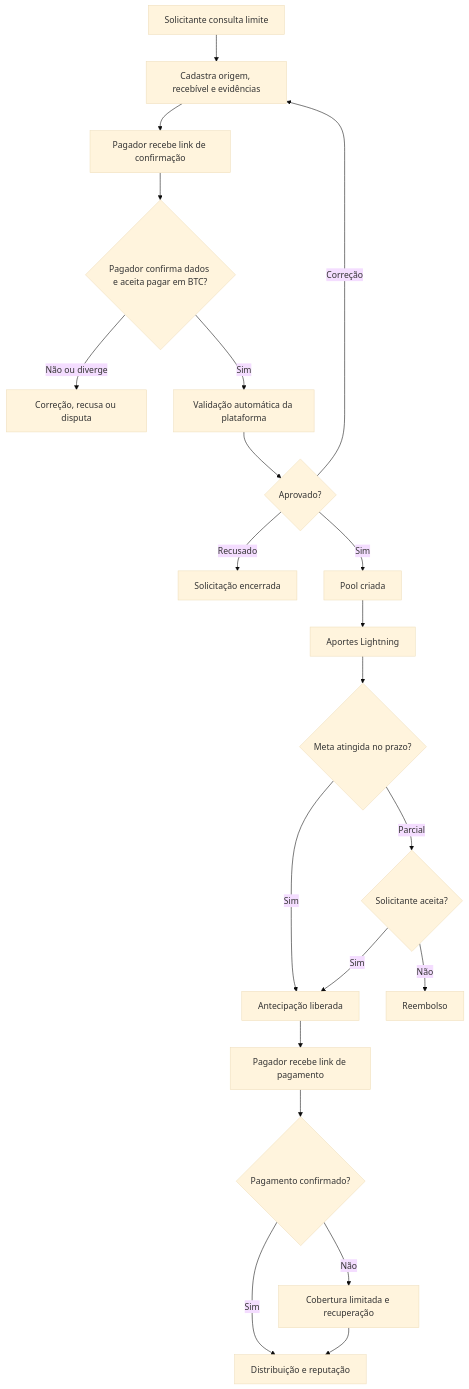
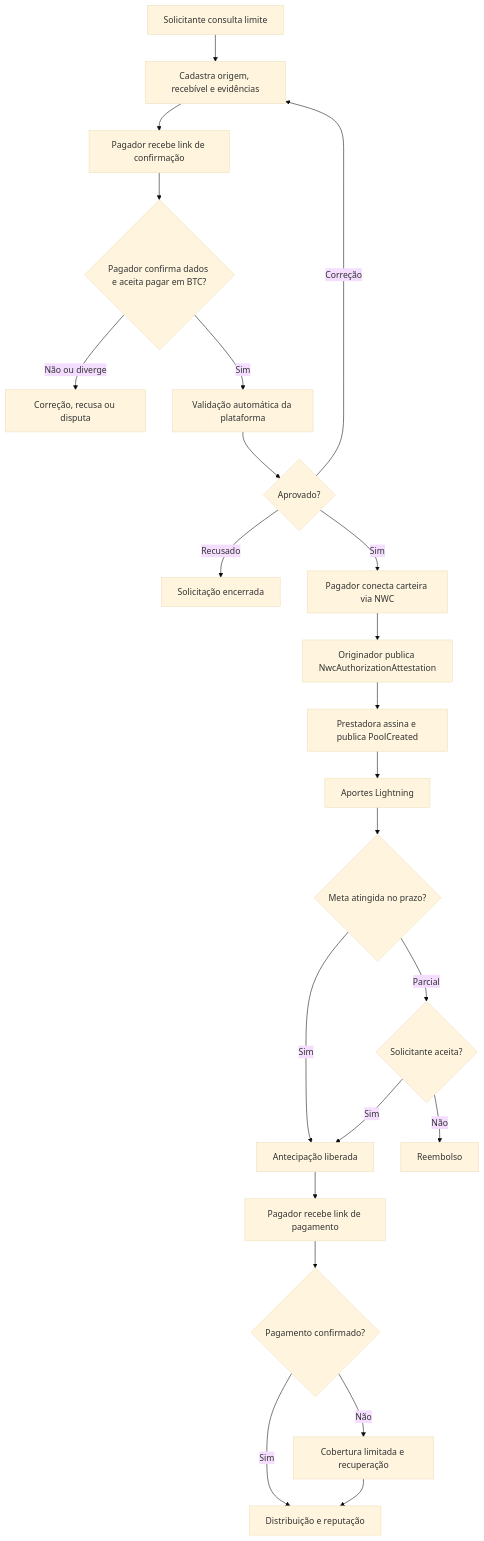
The diagram in docs/02-fluxos-de-usuario.md (0xlari/hackthon4freedom), drawn with Mermaid (base theme) before and after one commit. The commit also changed other lines of this file and 3 other files, not shown here.

````diff
--- a/docs/02-fluxos-de-usuario.md
+++ b/docs/02-fluxos-de-usuario.md
@@ -5,23 +9,25 @@
 ```mermaid
 flowchart TD
   A["Solicitante consulta limite"] --> B["Cadastra origem, recebível e evidências"]
   B --> C["Pagador recebe link de confirmação"]
   C --> D{"Pagador confirma dados e aceita pagar em BTC?"}
   D -- "Não ou diverge" --> E["Correção, recusa ou disputa"]
   D -- "Sim" --> F["Validação automática da plataforma"]
   F --> G{"Aprovado?"}
   G -- "Correção" --> B
   G -- "Recusado" --> H["Solicitação encerrada"]
-  G -- "Sim" --> I["Pool criada"]
-  I --> J["Aportes Lightning"]
-  J --> K{"Meta atingida no prazo?"}
-  K -- "Sim" --> L["Antecipação liberada"]
-  K -- "Parcial" --> M{"Solicitante aceita?"}
-  M -- "Não" --> N["Reembolso"]
-  M -- "Sim" --> L
-  L --> O["Pagador recebe link de pagamento"]
-  O --> P{"Pagamento confirmado?"}
-  P -- "Sim" --> Q["Distribuição e reputação"]
-  P -- "Não" --> R["Cobertura limitada e recuperação"]
-  R --> Q
+  G -- "Sim" --> I["Pagador conecta carteira via NWC"]
+  I --> J["Originador publica NwcAuthorizationAttestation"]
+  J --> K["Prestadora assina e publica PoolCreated"]
+  K --> L["Aportes Lightning"]
+  L --> M{"Meta atingida no prazo?"}
+  M -- "Sim" --> N["Antecipação liberada"]
+  M -- "Parcial" --> O{"Solicitante aceita?"}
+  O -- "Não" --> P["Reembolso"]
+  O -- "Sim" --> N
+  N --> Q["Pagador recebe link de pagamento"]
+  Q --> R{"Pagamento confirmado?"}
+  R -- "Sim" --> S["Distribuição e reputação"]
+  R -- "Não" --> T["Cobertura limitada e recuperação"]
+  T --> S
 ```
````
